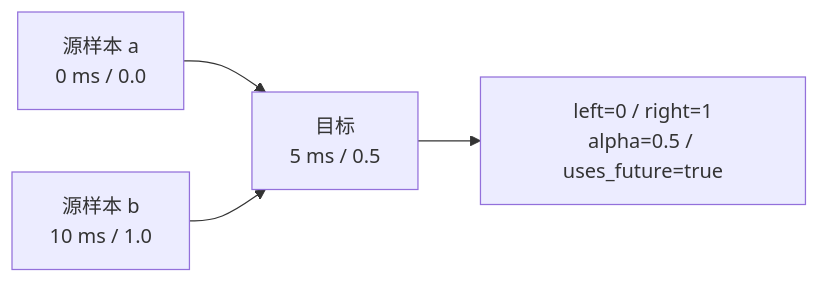
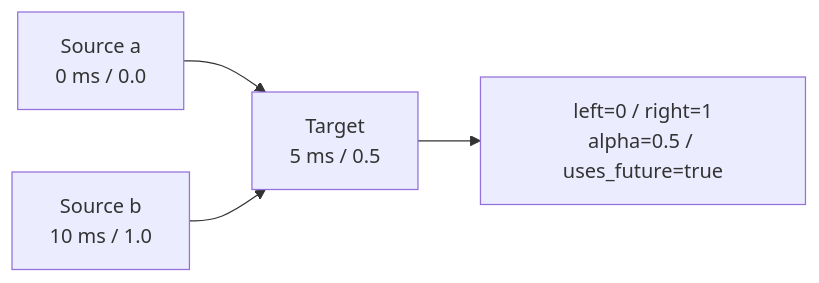
The diagram in docs/concepts.md (XieWeikai/mcap-ops), drawn with Mermaid before and after one commit. The commit also changed other lines of this file and 71 other files, not shown here.

````diff
--- a/docs/concepts.md
+++ b/docs/concepts.md
@@ -53,6 +69,6 @@
 ```mermaid
 flowchart LR
-    A["源样本 a<br/>0 ms / 0.0"] --> C["目标<br/>5 ms / 0.5"]
-    B["源样本 b<br/>10 ms / 1.0"] --> C
+    A["Source a<br/>0 ms / 0.0"] --> C["Target<br/>5 ms / 0.5"]
+    B["Source b<br/>10 ms / 1.0"] --> C
     C --> D["left=0 / right=1<br/>alpha=0.5 / uses_future=true"]
 ```
````
